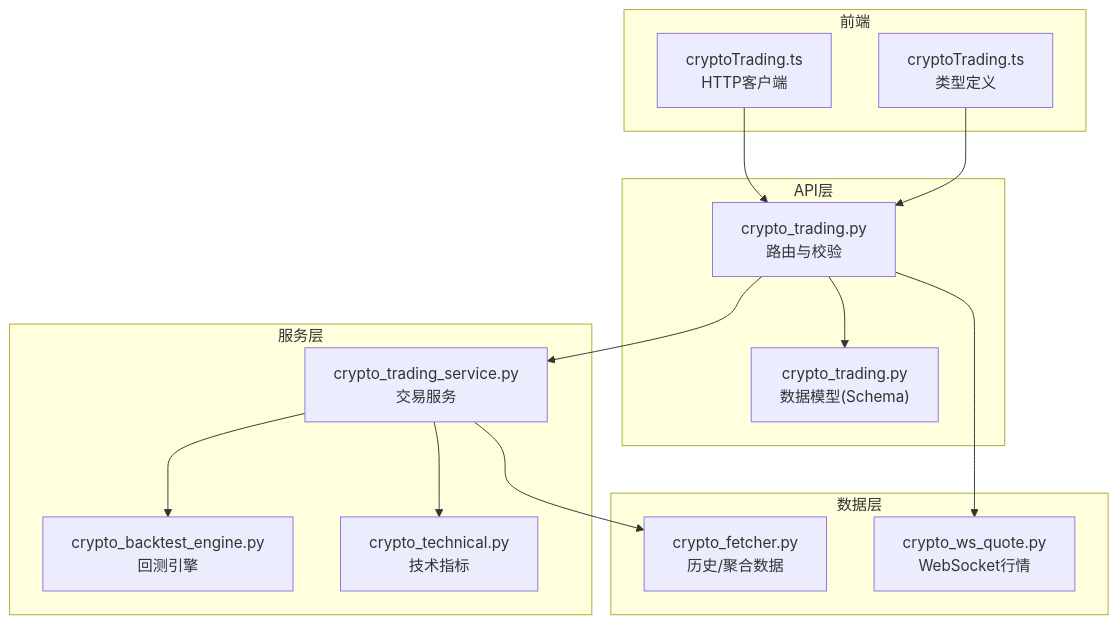
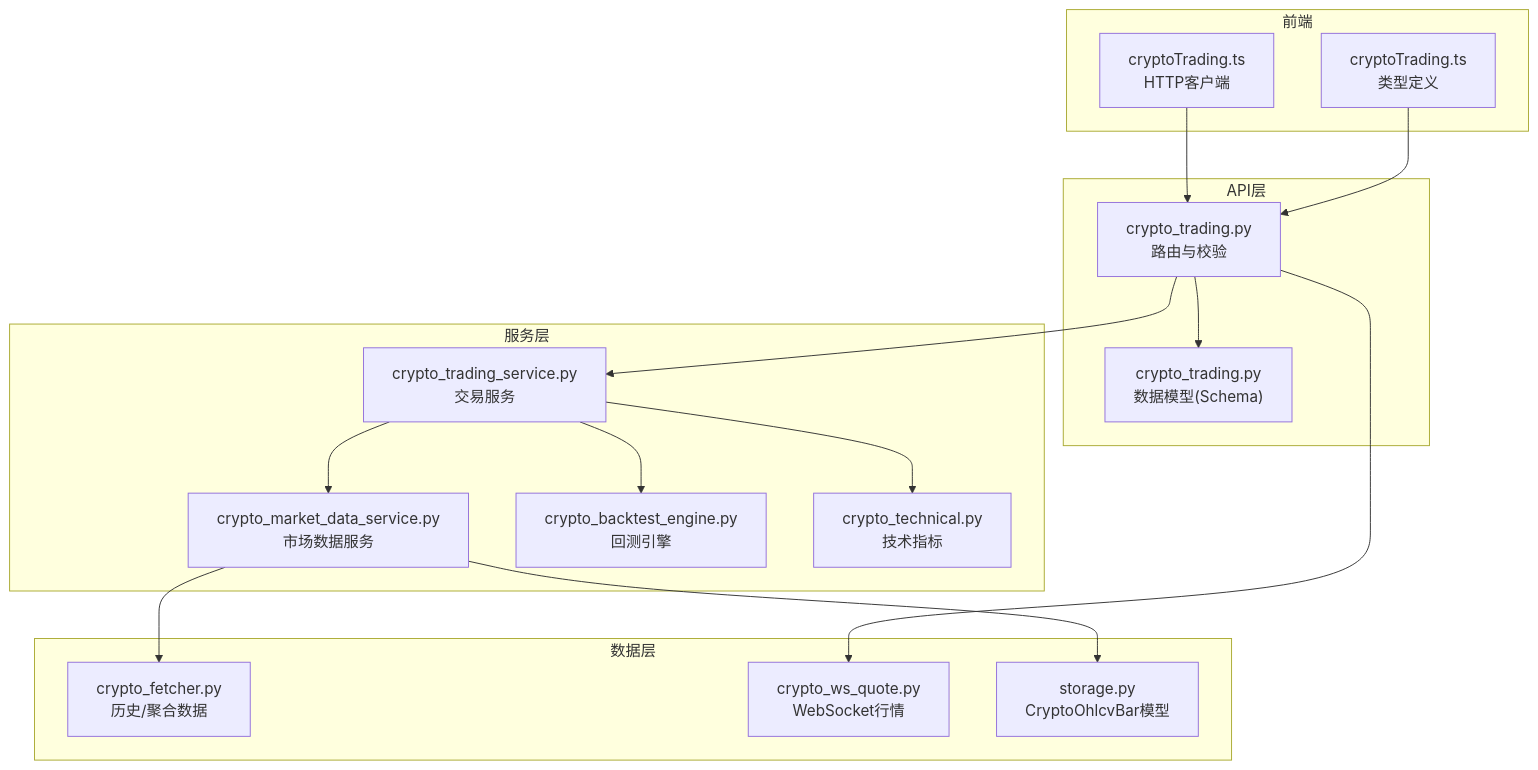
The first of 12 diagrams in .qoder/repowiki/zh/content/API参考文档/加密货币交易API.md (anYaoooo/daily_stock_analysis), drawn with Mermaid before and after one commit. The commit also changed other lines of this file and 29 other files, not shown here.

````diff
--- a/.qoder/repowiki/zh/content/API参考文档/加密货币交易API.md
+++ b/.qoder/repowiki/zh/content/API参考文档/加密货币交易API.md
@@ -39,28 +50,32 @@
 ```mermaid
 graph TB
 subgraph "API层"
 A["crypto_trading.py<br/>路由与校验"]
 S["crypto_trading.py<br/>数据模型(Schema)"]
 end
 subgraph "服务层"
 SVC["crypto_trading_service.py<br/>交易服务"]
+CMD["crypto_market_data_service.py<br/>市场数据服务"]
 BT["crypto_backtest_engine.py<br/>回测引擎"]
 TECH["crypto_technical.py<br/>技术指标"]
 end
 subgraph "数据层"
 DF["crypto_fetcher.py<br/>历史/聚合数据"]
 WS["crypto_ws_quote.py<br/>WebSocket行情"]
+DB["storage.py<br/>CryptoOhlcvBar模型"]
 end
 subgraph "前端"
 FE_API["cryptoTrading.ts<br/>HTTP客户端"]
 FE_TYPES["cryptoTrading.ts<br/>类型定义"]
 end
 A --> S
 A --> SVC
-SVC --> DF
+SVC --> CMD
+CMD --> DF
+CMD --> DB
 SVC --> TECH
 SVC --> BT
 A --> WS
 FE_API --> A
 FE_TYPES --> A
 ```
````
